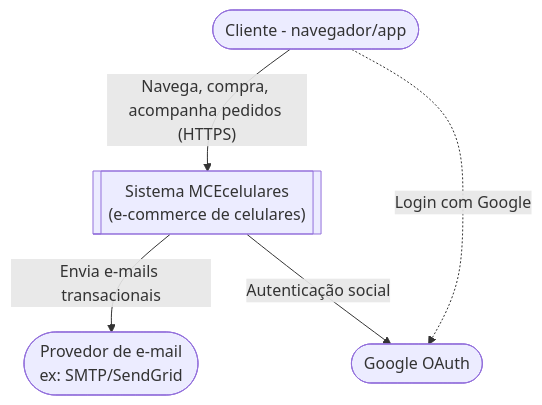
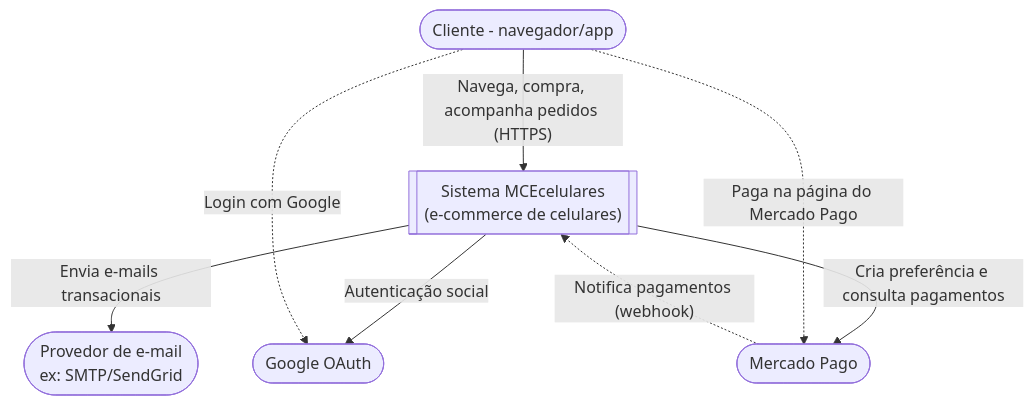
One commit to MCEcelulares/mce-celulares changed the diagram in documentacao-arquiteturial/c4-contexto.md. Above: the diagram before and after it, drawn with Mermaid. The commit also changed other lines of this file and 126 other files, not shown here.

````diff
--- a/documentacao-arquiteturial/c4-contexto.md
+++ b/documentacao-arquiteturial/c4-contexto.md
@@ -5,12 +5,16 @@
 ```mermaid
 graph TD
     Cliente([Cliente - navegador/app])
     Sistema[["Sistema MCEcelulares<br/>(e-commerce de celulares)"]]
     EmailProvider([Provedor de e-mail<br/>ex: SMTP/SendGrid])
     GoogleAuth([Google OAuth])
+    MercadoPago([Mercado Pago])
 
     Cliente -->|"Navega, compra, acompanha pedidos (HTTPS)"| Sistema
     Sistema -->|"Envia e-mails transacionais"| EmailProvider
     Sistema -->|"Autenticação social"| GoogleAuth
+    Sistema -->|"Cria preferência e consulta pagamentos"| MercadoPago
+    MercadoPago -.->|"Notifica pagamentos (webhook)"| Sistema
+    Cliente -.->|"Paga na página do Mercado Pago"| MercadoPago
     Cliente -.->|"Login com Google"| GoogleAuth
 ```
````
